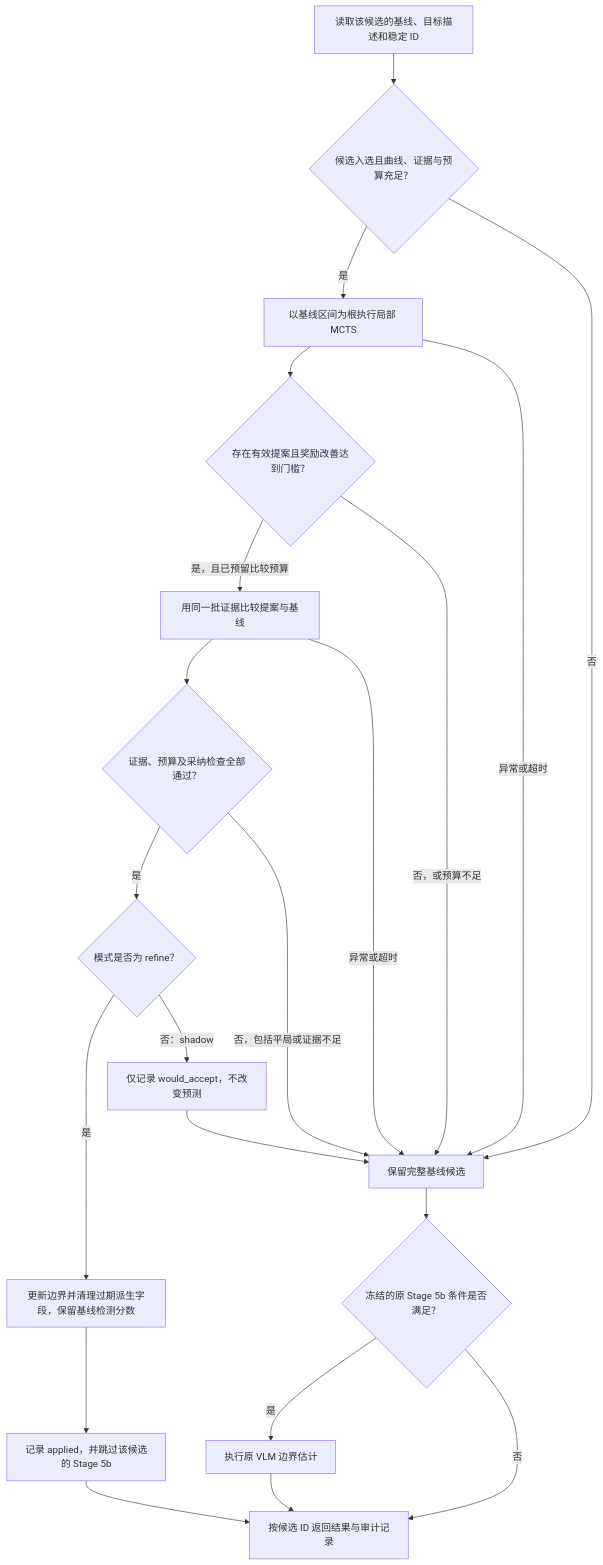
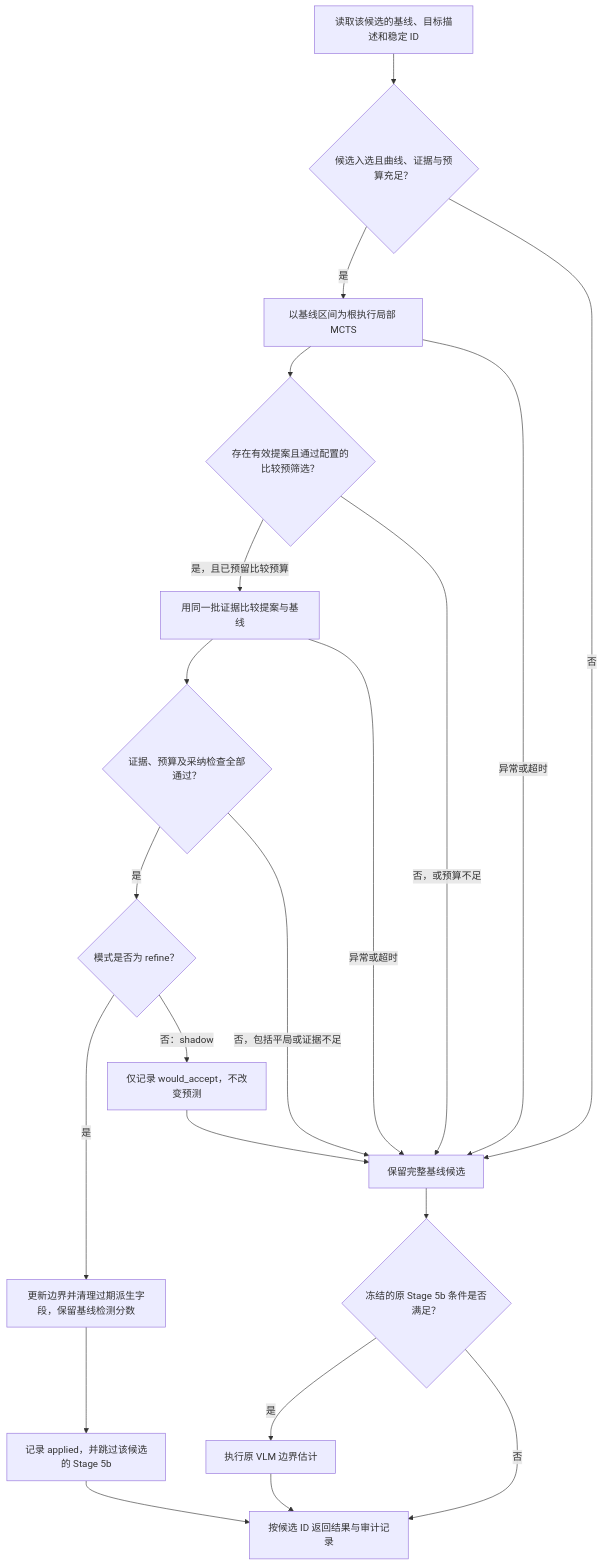
One commit to vainfarmer/mcts_vad changed the second of 2 diagrams in vad_v2/vad-6-8.13-169/MCTS_FUSION_DESIGN.md. Above: the diagram before and after it, drawn with Mermaid. The commit also changed other lines of this file and 1535 other files, not shown here.

````diff
--- a/vad_v2/vad-6-8.13-169/MCTS_FUSION_DESIGN.md
+++ b/vad_v2/vad-6-8.13-169/MCTS_FUSION_DESIGN.md
@@ -106,38 +109,38 @@
 ```mermaid
 flowchart TD
     SEED["读取该候选的基线、目标描述和稳定 ID"]
     ELIGIBLE{"候选入选且曲线、证据与预算充足？"}
     SEARCH["以基线区间为根执行局部 MCTS"]
-    PROPOSAL{"存在有效提案且奖励改善达到门槛？"}
+    PROPOSAL{"存在有效提案且通过配置的比较预筛选？"}
     COMPARE["用同一批证据比较提案与基线"]
     ACCEPT{"证据、预算及采纳检查全部通过？"}
     APPLYMODE{"模式是否为 refine？"}
     SHADOW["仅记录 would_accept，不改变预测"]
     APPLY["更新边界并清理过期派生字段，保留基线检测分数"]
     APPLIED["记录 applied，并跳过该候选的 Stage 5b"]
     BASELINE["保留完整基线候选"]
     VLMGATE{"冻结的原 Stage 5b 条件是否满足？"}
     VLM["执行原 VLM 边界估计"]
     RESULT["按候选 ID 返回结果与审计记录"]
 
     SEED --> ELIGIBLE
     ELIGIBLE -->|"是"| SEARCH
     ELIGIBLE -->|"否"| BASELINE
     SEARCH --> PROPOSAL
     SEARCH -->|"异常或超时"| BASELINE
     PROPOSAL -->|"是，且已预留比较预算"| COMPARE
     PROPOSAL -->|"否，或预算不足"| BASELINE
     COMPARE --> ACCEPT
     COMPARE -->|"异常或超时"| BASELINE
     ACCEPT -->|"是"| APPLYMODE
     ACCEPT -->|"否，包括平局或证据不足"| BASELINE
     APPLYMODE -->|"是"| APPLY
     APPLYMODE -->|"否：shadow"| SHADOW
     SHADOW --> BASELINE
     APPLY --> APPLIED
     APPLIED --> RESULT
     BASELINE --> VLMGATE
     VLMGATE -->|"是"| VLM
     VLMGATE -->|"否"| RESULT
     VLM --> RESULT
 ```
````
